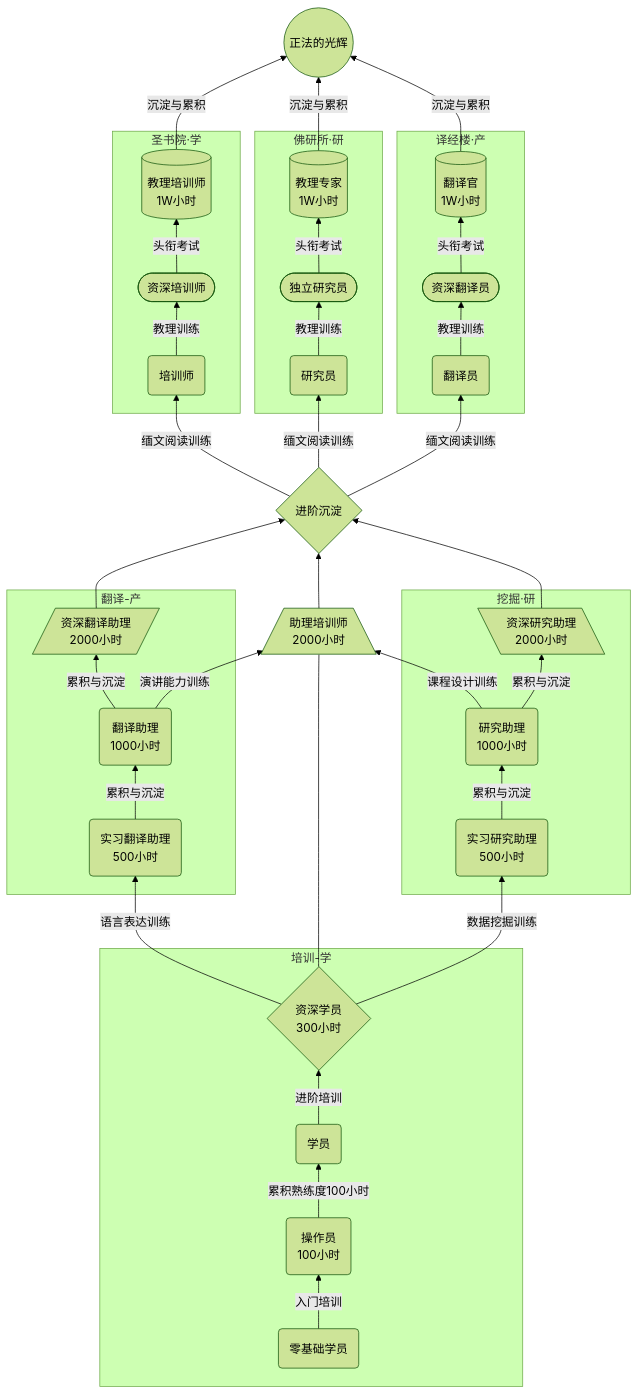
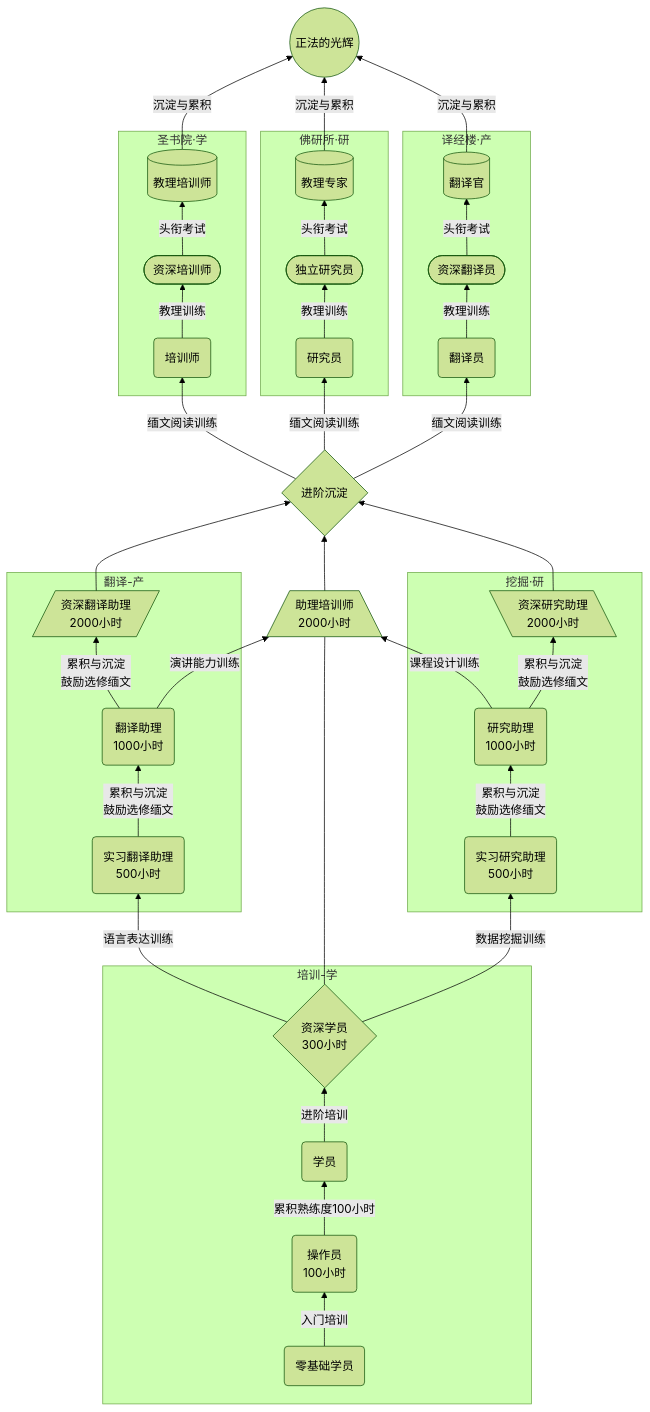
One commit to Bhikkhu-Kosalla/IAPT_Doc changed the diagram in 晋级路线.md. Above: the diagram before and after it, drawn with Mermaid (forest theme).

Commit message:
优化修改

````diff
--- a/晋级路线.md
+++ b/晋级路线.md
@@ -1,70 +1,70 @@
 ```mermaid
 graph BT;
 subgraph 培训-学
 A--入门培训-->B;
 B--累积熟练度100小时-->C;
 C--进阶培训-->D
 end;
 
 subgraph 翻译-产
 D--语言表达训练-->E;
-E--累积与沉淀-->H;
-H--累积与沉淀-->I;
+E--累积与沉淀<br>鼓励选修缅文-->H;
+H--累积与沉淀<br>鼓励选修缅文-->I;
 end
 
 subgraph "挖掘·研"
 D--数据挖掘训练-->F;
-F--累积与沉淀-->G;
-G--累积与沉淀-->J;
+F--累积与沉淀<br>鼓励选修缅文-->G;
+G--累积与沉淀<br>鼓励选修缅文-->J;
 
 end
 I-->R;
 K-->R;
 J-->R;
 R--缅文阅读训练-->L;
 R--缅文阅读训练-->O;
 R--缅文阅读训练-->Q;
 subgraph "佛研所·研"
 
 L--教理训练-->M;
 M--头衔考试-->N;
 end
 subgraph "圣书院·学"
 O--教理训练-->P;
 P--头衔考试-->S;
 end
 subgraph "译经楼·产"
 Q--教理训练-->T;
 T--头衔考试-->U
 end
 G--课程设计训练-->K;
 H--演讲能力训练-->K;
 D----K;
 S--沉淀与累积-->V;
 N--沉淀与累积-->V;
 U--沉淀与累积-->V;
 
 
 A(零基础学员);
 B(操作员<br>100小时);
 C(学员);
 D{"资深学员<br>300小时"};
 E("实习翻译助理<br>500小时");
 F(实习研究助理<br>500小时);
 G(研究助理<br>1000小时);
 H(翻译助理<br>1000小时);
 I[/资深翻译助理<br>2000小时/];
 J[\资深研究助理<br>2000小时\];
 K[/助理培训师<br>2000小时\];
 R{进阶沉淀}
 L(研究员);
 O(培训师);
 M([独立研究员]);
 T([资深翻译员]);
 P([资深培训师]);
 Q(翻译员);
-N[(教理专家<br>1W小时)];
-S[(教理培训师<br>1W小时)];
-U[(翻译官<br>1W小时)];
+N[(教理专家)];
+S[(教理培训师)];
+U[(翻译官)];
 V((正法的光辉));
 ```
````
